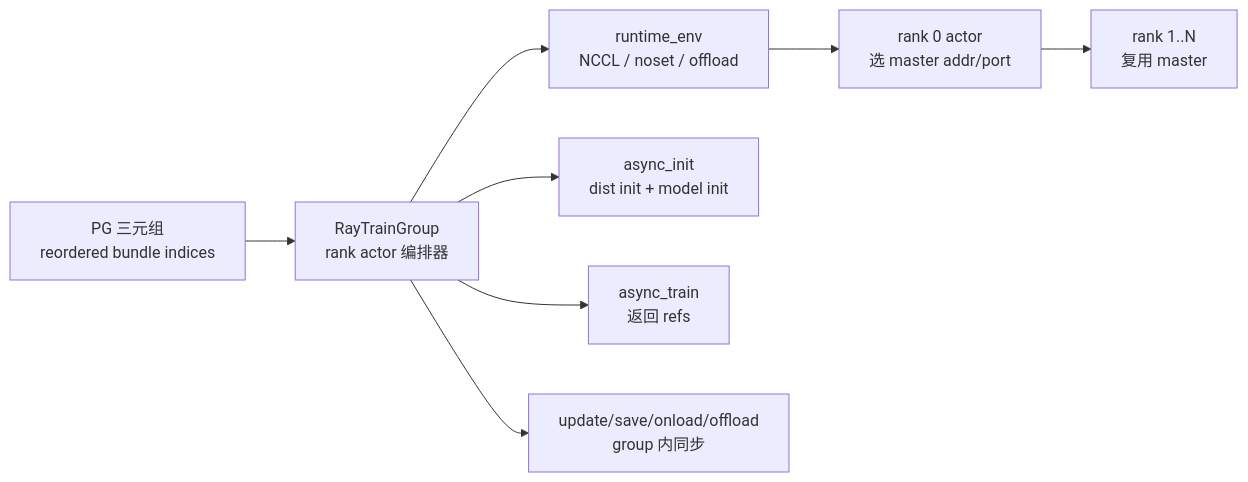
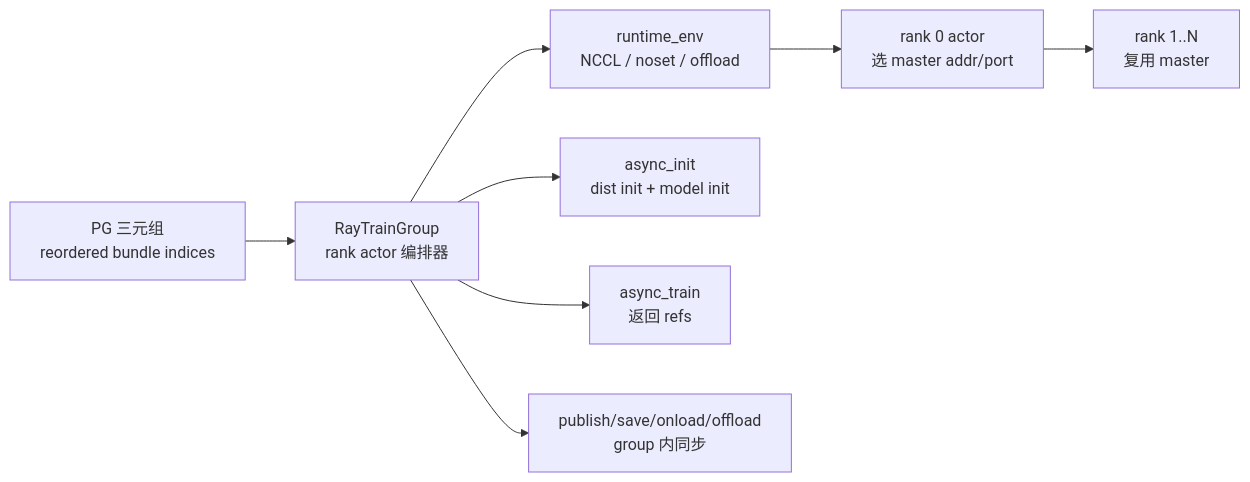
The first of 2 diagrams in slime_reading/Ray编排/RayTrainGroup/Slime-RayTrainGroup.md (OnlyHero5/sglang-reading-vault), drawn with Mermaid before and after one commit. The commit also changed other lines of this file and 512 other files, not shown here.

````diff
--- a/slime_reading/Ray编排/RayTrainGroup/Slime-RayTrainGroup.md
+++ b/slime_reading/Ray编排/RayTrainGroup/Slime-RayTrainGroup.md
@@ -30,16 +30,16 @@
 ```mermaid
 flowchart LR
     PG["PG 三元组<br/>reordered bundle indices"]
     GROUP["RayTrainGroup<br/>rank actor 编排器"]
     ENV["runtime_env<br/>NCCL / noset / offload"]
     R0["rank 0 actor<br/>选 master addr/port"]
     RN["rank 1..N<br/>复用 master"]
     INIT["async_init<br/>dist init + model init"]
     TRAIN["async_train<br/>返回 refs"]
-    SYNC["update/save/onload/offload<br/>group 内同步"]
+    SYNC["publish/save/onload/offload<br/>group 内同步"]
 
     PG --> GROUP --> ENV --> R0 --> RN
     GROUP --> INIT
     GROUP --> TRAIN
     GROUP --> SYNC
 ```
````
